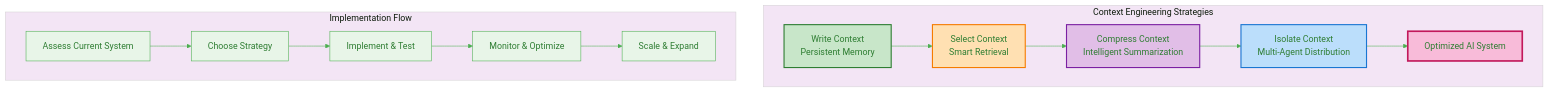
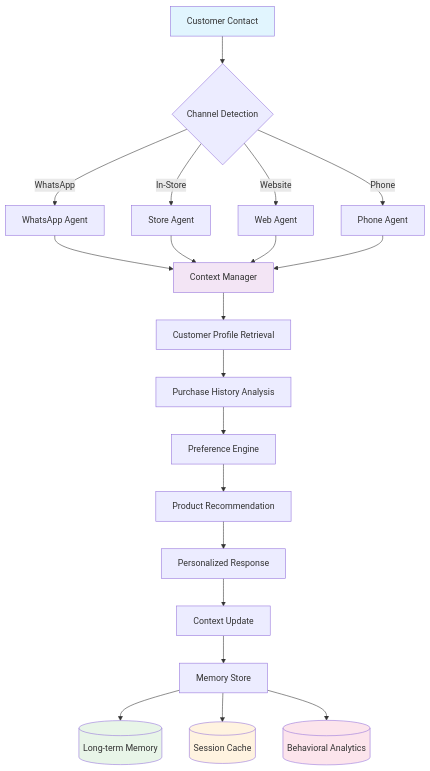
One commit to raphaelmansuy/tutorials changed the second of 5 diagrams in 37-contex.md. Above: the diagram before and after it, drawn with Mermaid. The commit also changed other lines of this file, not shown here.

Commit message:
Implement code changes to enhance functionality and improve performance

````diff
--- a/37-contex.md
+++ b/37-contex.md
@@ -99,23 +915,32 @@
 ```mermaid
-%%{init: {'theme':'base', 'themeVariables': { 'primaryColor': '#e8f5e8', 'primaryTextColor': '#2e7d32', 'primaryBorderColor': '#4caf50', 'lineColor': '#4caf50', 'secondaryColor': '#fff3e0', 'tertiaryColor': '#f3e5f5', 'background': '#ffffff', 'mainBkg': '#e8f5e8', 'secondBkg': '#fff3e0', 'tertiaryBkg': '#f3e5f5'}}}%%
 flowchart TD
-    subgraph "Context Engineering Strategies"
-        A[Write Context<br/>Persistent Memory] --> B[Select Context<br/>Smart Retrieval]
-        B --> C[Compress Context<br/>Intelligent Summarization]
-        C --> D[Isolate Context<br/>Multi-Agent Distribution]
-        D --> E[Optimized AI System]
-    end
-    
-    subgraph "Implementation Flow"
-        F[Assess Current System] --> G[Choose Strategy]
-        G --> H[Implement & Test]
-        H --> I[Monitor & Optimize]
-        I --> J[Scale & Expand]
-    end
-    
-    style A fill:#c8e6c9,stroke:#2e7d32,stroke-width:2px
-    style B fill:#ffe0b2,stroke:#f57c00,stroke-width:2px
-    style C fill:#e1bee7,stroke:#7b1fa2,stroke-width:2px
-    style D fill:#bbdefb,stroke:#1976d2,stroke-width:2px
-    style E fill:#f8bbd9,stroke:#c2185b,stroke-width:3px
+    A[Customer Contact] --> B{Channel Detection}
+    B -->|WhatsApp| C[WhatsApp Agent]
+    B -->|In-Store| D[Store Agent]
+    B -->|Website| E[Web Agent]
+    B -->|Phone| F[Phone Agent]
+
+    C --> G[Context Manager]
+    D --> G
+    E --> G
+    F --> G
+
+    G --> H[Customer Profile Retrieval]
+    H --> I[Purchase History Analysis]
+    I --> J[Preference Engine]
+    J --> K[Product Recommendation]
+    K --> L[Personalized Response]
+
+    L --> M[Context Update]
+    M --> N[Memory Store]
+
+    N --> O[(Long-term Memory)]
+    N --> P[(Session Cache)]
+    N --> Q[(Behavioral Analytics)]
+
+    style A fill:#e1f5fe
+    style G fill:#f3e5f5
+    style O fill:#e8f5e8
+    style P fill:#fff3e0
+    style Q fill:#fce4ec
 ```
````
